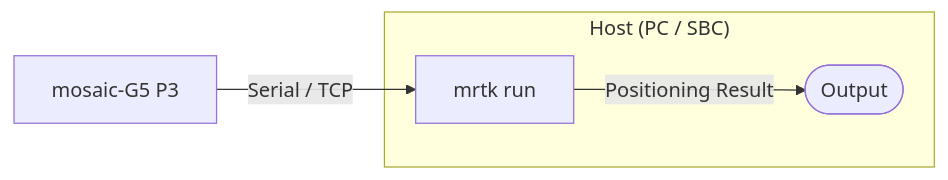
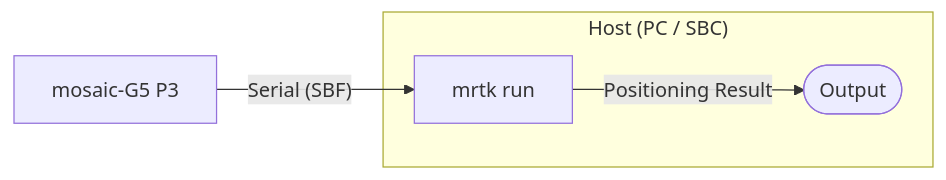
One commit to h-shiono/MRTKLIB changed the second of 3 diagrams in docs/hardware/cssr2rtcm3-mosaic-g5.md. Above: the diagram before and after it, drawn with Mermaid. The commit also changed other lines of this file, not shown here.

First line of the commit message:
docs(cssr2rtcm3): update mosaic-G5 setup guide

````diff
--- a/docs/hardware/cssr2rtcm3-mosaic-g5.md
+++ b/docs/hardware/cssr2rtcm3-mosaic-g5.md
@@ -70,7 +70,7 @@
 ```mermaid
 flowchart LR
-    A["mosaic-G5 P3"] -- "Serial / TCP" --> B["mrtk run"]
+    A["mosaic-G5 P3"] -- "Serial (SBF)" --> B["mrtk run"]
     subgraph "Host (PC / SBC)"
     B -- "Positioning Result" --> C@{ shape: stadium, label: "Output" }
     end
 ```
````
